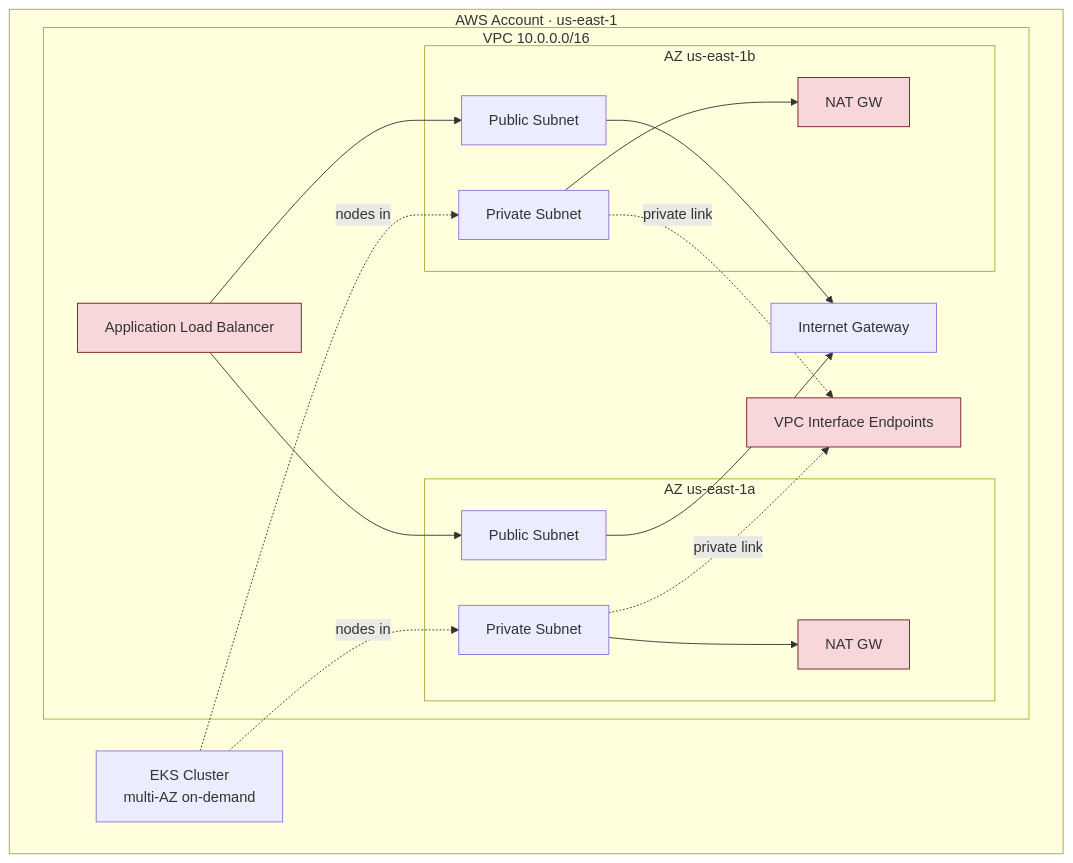
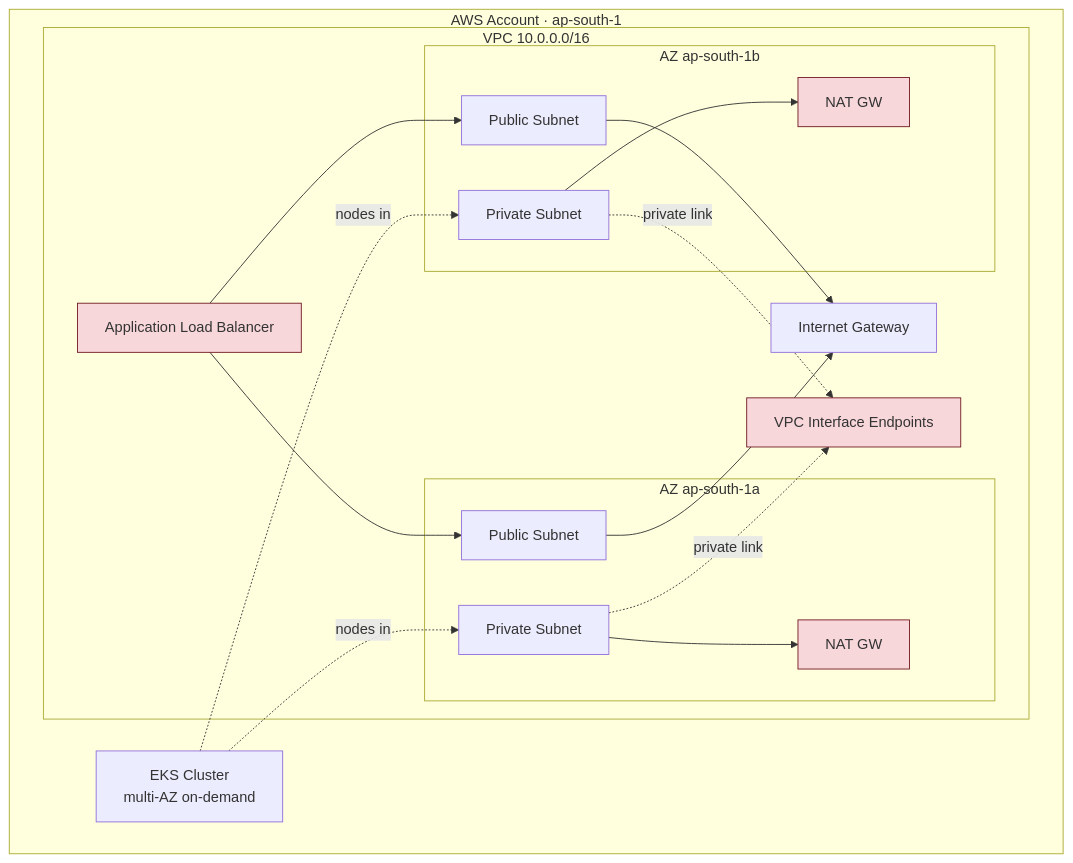
The third of 6 diagrams in architecture.md (abhisheksinghautomotive/verdict), drawn with Mermaid before and after one commit. The commit also changed other lines of this file and 1 other file, not shown here.

Commit message:
chore: migrate infrastructure region from us-east-1 to ap-south-1 in … (#3)

````diff
--- a/architecture.md
+++ b/architecture.md
@@ -124,37 +124,37 @@
 ```mermaid
 flowchart TB
-    subgraph AWS["AWS Account · us-east-1"]
+    subgraph AWS["AWS Account · ap-south-1"]
         subgraph VPC["VPC 10.0.0.0/16"]
-            subgraph AZ1["AZ us-east-1a"]
+            subgraph AZ1["AZ ap-south-1a"]
                 PUB1["Public Subnet"]
                 PRIV1["Private Subnet"]
                 NAT1["NAT GW"]
             end
-            subgraph AZ2["AZ us-east-1b"]
+            subgraph AZ2["AZ ap-south-1b"]
                 PUB2["Public Subnet"]
                 PRIV2["Private Subnet"]
                 NAT2["NAT GW"]
             end
             ALB["Application Load Balancer"]
             IGW["Internet Gateway"]
             EP["VPC Interface Endpoints"]
         end
         EKS["EKS Cluster<br/>multi-AZ on-demand"]
     end
 
     ALB --> PUB1
     ALB --> PUB2
     PUB1 --> IGW
     PUB2 --> IGW
     PRIV1 --> NAT1
     PRIV2 --> NAT2
     EKS -.nodes in.-> PRIV1
     EKS -.nodes in.-> PRIV2
     PRIV1 -.private link.-> EP
     PRIV2 -.private link.-> EP
 
     style NAT1 fill:#f8d7da,stroke:#721c24
     style NAT2 fill:#f8d7da,stroke:#721c24
     style EP fill:#f8d7da,stroke:#721c24
     style ALB fill:#f8d7da,stroke:#721c24
 ```
````
